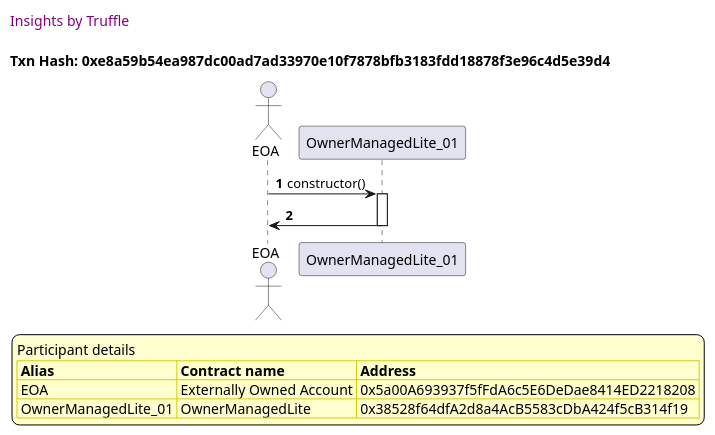
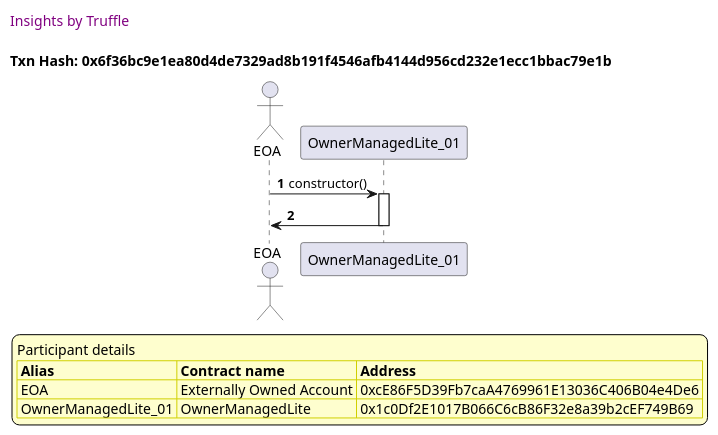
One commit to thedarkjester/ConsensysAssignment changed the first of 28 diagrams in truffle-seq/OwnerManagedLite_test_required_owners_amount.md. Above: the diagram before and after it, drawn with PlantUML. The commit also changed other lines of this file and 13 other files, not shown here.

````diff
--- a/truffle-seq/OwnerManagedLite_test_required_owners_amount.md
+++ b/truffle-seq/OwnerManagedLite_test_required_owners_amount.md
@@ -13,37 +13,37 @@
 ```plantuml
 
 
 @startuml
 
 autonumber
 skinparam legendBackgroundColor #FEFECE
 
 <style>
       header {
         HorizontalAlignment left
         FontColor purple
         FontSize 14
         Padding 10
       }
     </style>
 
 header Insights by Truffle
 
-title Txn Hash: 0xe8a59b54ea987dc00ad7ad33970e10f7878bfb3183fdd18878f3e96c4d5e39d4
+title Txn Hash: 0x6f36bc9e1ea80d4de7329ad8b191f4546afb4144d956cd232e1ecc1bbac79e1b
 
 
 actor EOA as "EOA"
 participant OwnerManagedLite_01 as "OwnerManagedLite_01"
 
 "EOA" -> "OwnerManagedLite_01" ++: constructor()
 "OwnerManagedLite_01" -> "EOA" --: 
 
 legend
 Participant details
 <#FEFECE,#D0D000>|= Alias |= Contract name |= Address |
-<#FEFECE>| EOA | Externally Owned Account | 0x5a00A693937f5fFdA6c5E6DeDae8414ED2218208 |
-<#FEFECE>| OwnerManagedLite_01 | OwnerManagedLite | 0x38528f64dfA2d8a4AcB5583cDbA424f5cB314f19 |
+<#FEFECE>| EOA | Externally Owned Account | 0xcE86F5D39Fb7caA4769961E13036C406B04e4De6 |
+<#FEFECE>| OwnerManagedLite_01 | OwnerManagedLite | 0x1c0Df2E1017B066C6cB86F32e8a39b2cEF749B69 |
 endlegend
 
 @enduml
 ```
````
